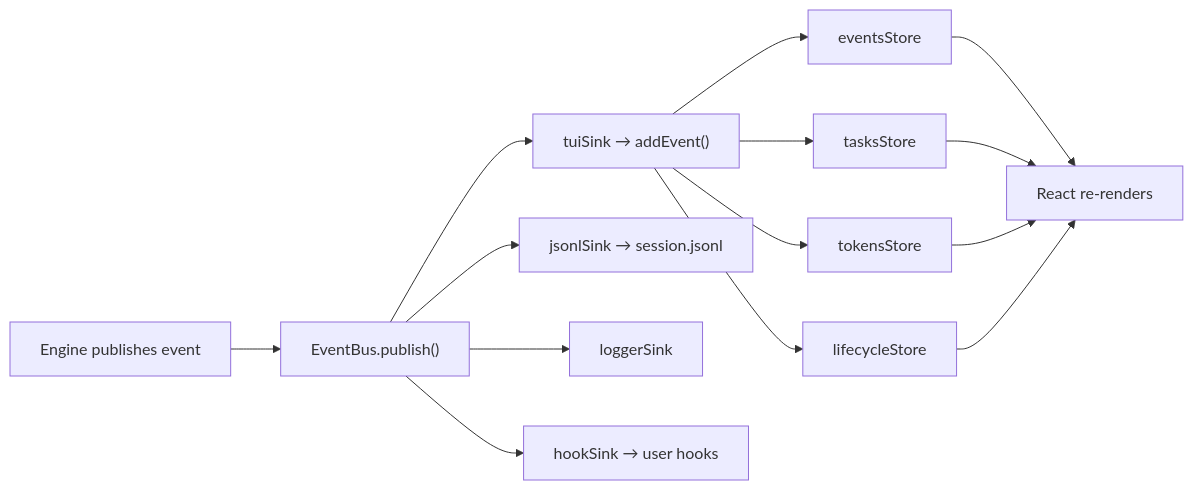
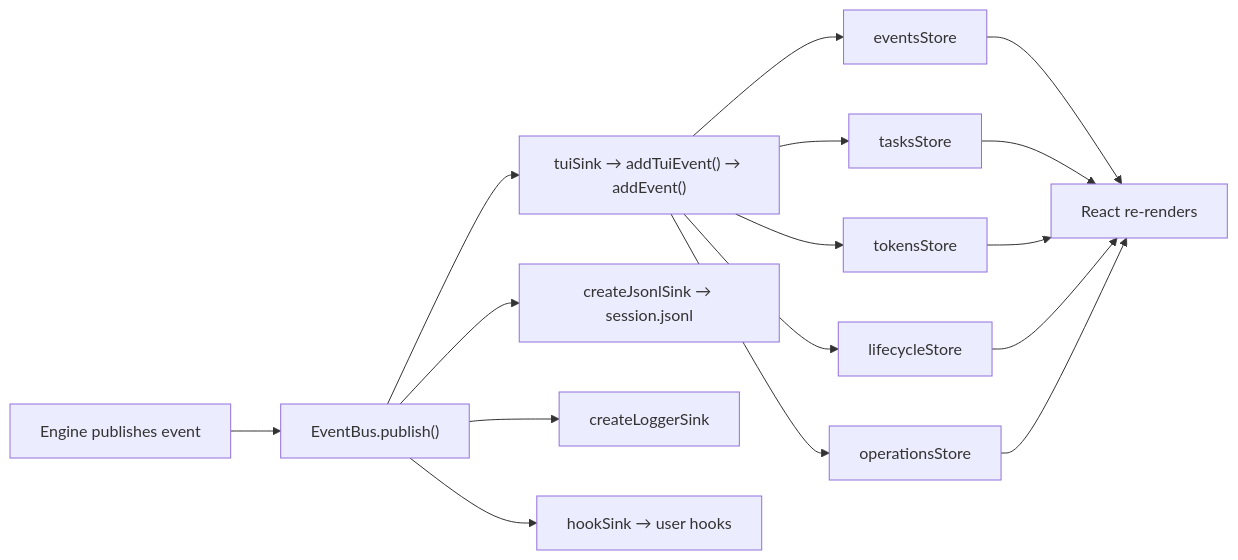
The second of 2 diagrams in docs/HOW-IT-WORKS.md (b4r7x/splitbrief), drawn with Mermaid before and after one commit. The commit also changed other lines of this file and 35 other files, not shown here.

````diff
--- a/docs/HOW-IT-WORKS.md
+++ b/docs/HOW-IT-WORKS.md
@@ -205,16 +206,18 @@
 ```mermaid
 graph LR
     Engine["Engine publishes event"] --> Bus["EventBus.publish()"]
-    Bus --> TUI["tuiSink → addEvent()"]
-    Bus --> JSONL["jsonlSink → session.jsonl"]
-    Bus --> Log["loggerSink"]
+    Bus --> TUI["tuiSink → addTuiEvent() → addEvent()"]
+    Bus --> JSONL["createJsonlSink → session.jsonl"]
+    Bus --> Log["createLoggerSink"]
     Bus --> Hook["hookSink → user hooks"]
     TUI --> Events["eventsStore"]
     TUI --> Tasks["tasksStore"]
     TUI --> Tokens["tokensStore"]
     TUI --> Lifecycle["lifecycleStore"]
+    TUI --> Operations["operationsStore"]
     Events --> React["React re-renders"]
     Tasks --> React
     Tokens --> React
     Lifecycle --> React
+    Operations --> React
 ```
````
